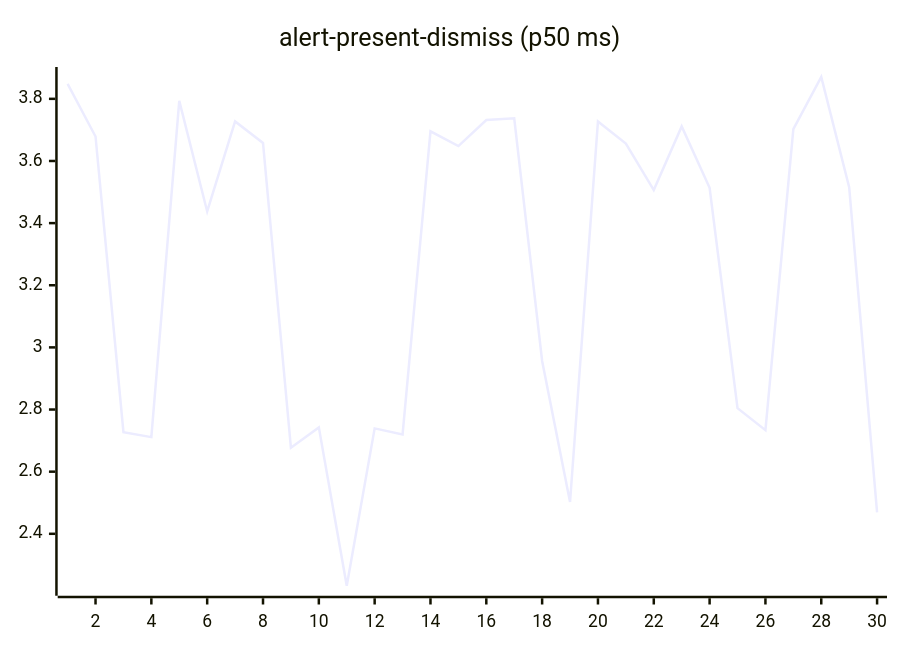
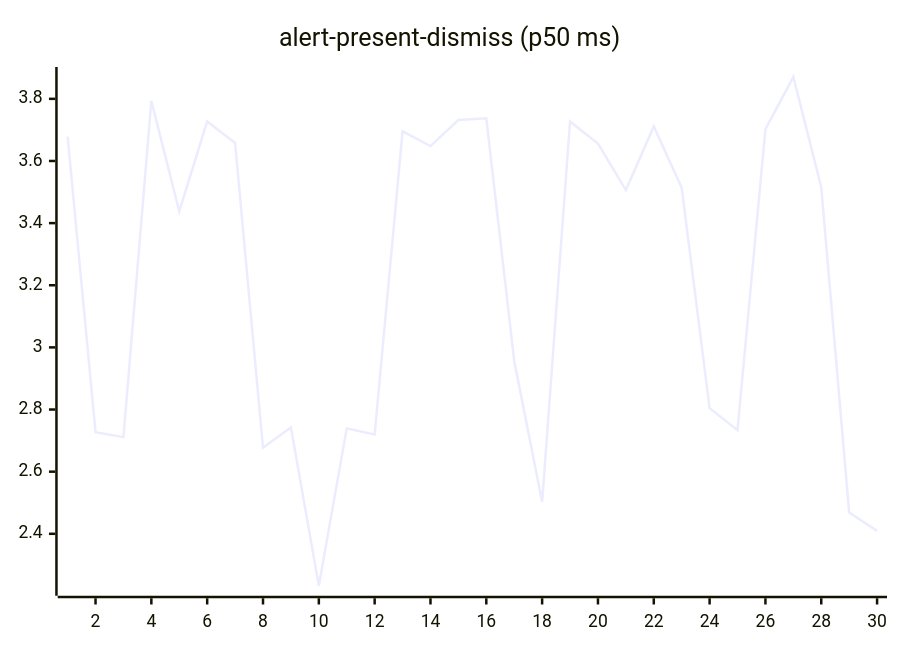
One commit to josha/Facet changed the second of 27 diagrams in README.md. Above: the diagram before and after it, drawn with Mermaid. The commit also changed other lines of this file and 2 other files, not shown here.

````diff
--- a/README.md
+++ b/README.md
@@ -70,6 +70,6 @@
 ```mermaid
 xychart-beta
     title "alert-present-dismiss (p50 ms)"
     x-axis 1 --> 30
-    line [3.8479, 3.6788, 2.7270, 2.7111, 3.7936, 3.4376, 3.7274, 3.6582, 2.6769, 2.7425, 2.2328, 2.7393, 2.7195, 3.6955, 3.6480, 3.7318, 3.7373, 2.9562, 2.5024, 3.7273, 3.6562, 3.5064, 3.7112, 3.5136, 2.8044, 2.7337, 3.7022, 3.8703, 3.5157, 2.4688]
+    line [3.6788, 2.7270, 2.7111, 3.7936, 3.4376, 3.7274, 3.6582, 2.6769, 2.7425, 2.2328, 2.7393, 2.7195, 3.6955, 3.6480, 3.7318, 3.7373, 2.9562, 2.5024, 3.7273, 3.6562, 3.5064, 3.7112, 3.5136, 2.8044, 2.7337, 3.7022, 3.8703, 3.5157, 2.4688, 2.4093]
 ```
````
